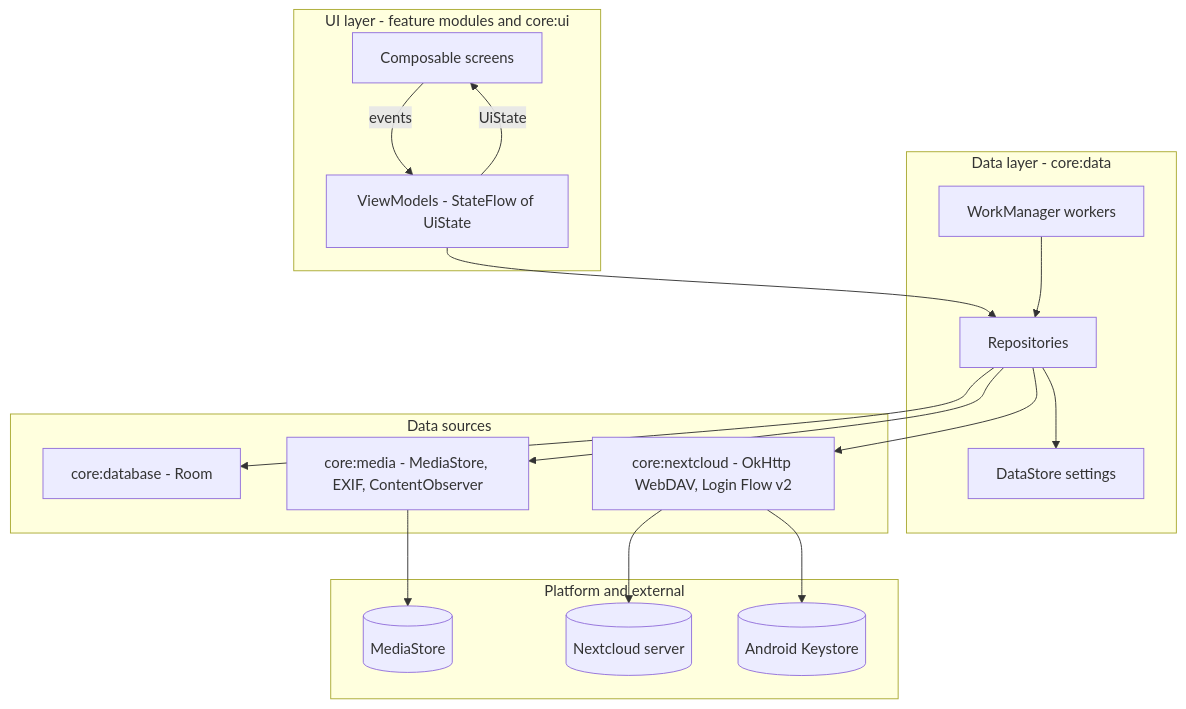
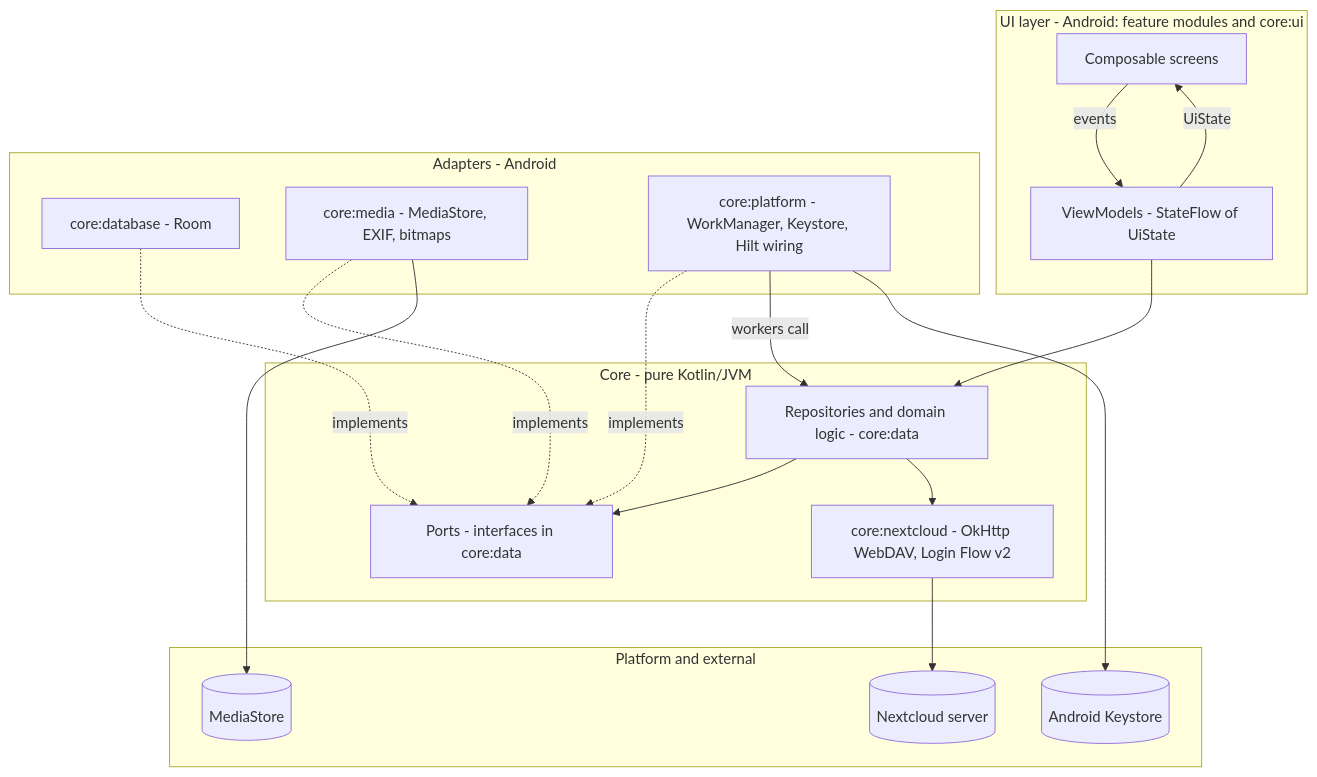
Before and after one commit to drehtuer/NextGalleryApp: the first of 12 diagrams in docs/ARCHITECTURE.md, drawn with Mermaid. The commit also changed other lines of this file and 3 other files, not shown here.

First line of the commit message:
Target Android 17 on Pixel 10a; Android-independent core

````diff
--- a/docs/ARCHITECTURE.md
+++ b/docs/ARCHITECTURE.md
@@ -40,34 +43,35 @@
 ```mermaid
 flowchart TB
-    subgraph UI["UI layer - feature modules and core:ui"]
+    subgraph UI["UI layer - Android: feature modules and core:ui"]
         Screen["Composable screens"]
         VM["ViewModels - StateFlow of UiState"]
     end
-    subgraph DATA["Data layer - core:data"]
-        Repo["Repositories"]
-        Workers["WorkManager workers"]
-        Settings["DataStore settings"]
-    end
-    subgraph SOURCES["Data sources"]
-        DB["core:database - Room"]
-        Media["core:media - MediaStore, EXIF, ContentObserver"]
+    subgraph CORE["Core - pure Kotlin/JVM"]
+        Repo["Repositories and domain logic - core:data"]
+        Ports["Ports - interfaces in core:data"]
         NC["core:nextcloud - OkHttp WebDAV, Login Flow v2"]
     end
-    subgraph PLATFORM["Platform and external"]
+    subgraph ADAPTERS["Adapters - Android"]
+        DB["core:database - Room"]
+        Media["core:media - MediaStore, EXIF, bitmaps"]
+        Platform["core:platform - WorkManager, Keystore, Hilt wiring"]
+    end
+    subgraph EXT["Platform and external"]
         MS[("MediaStore")]
         Server[("Nextcloud server")]
         Keystore[("Android Keystore")]
     end
 
     Screen -- "events" --> VM
     VM -- "UiState" --> Screen
     VM --> Repo
-    Repo --> DB
-    Repo --> Media
+    Repo --> Ports
     Repo --> NC
-    Repo --> Settings
-    Workers --> Repo
+    DB -. "implements" .-> Ports
+    Media -. "implements" .-> Ports
+    Platform -. "implements" .-> Ports
+    Platform -- "workers call" --> Repo
     Media --> MS
     NC --> Server
-    NC --> Keystore
+    Platform --> Keystore
 ```
````
